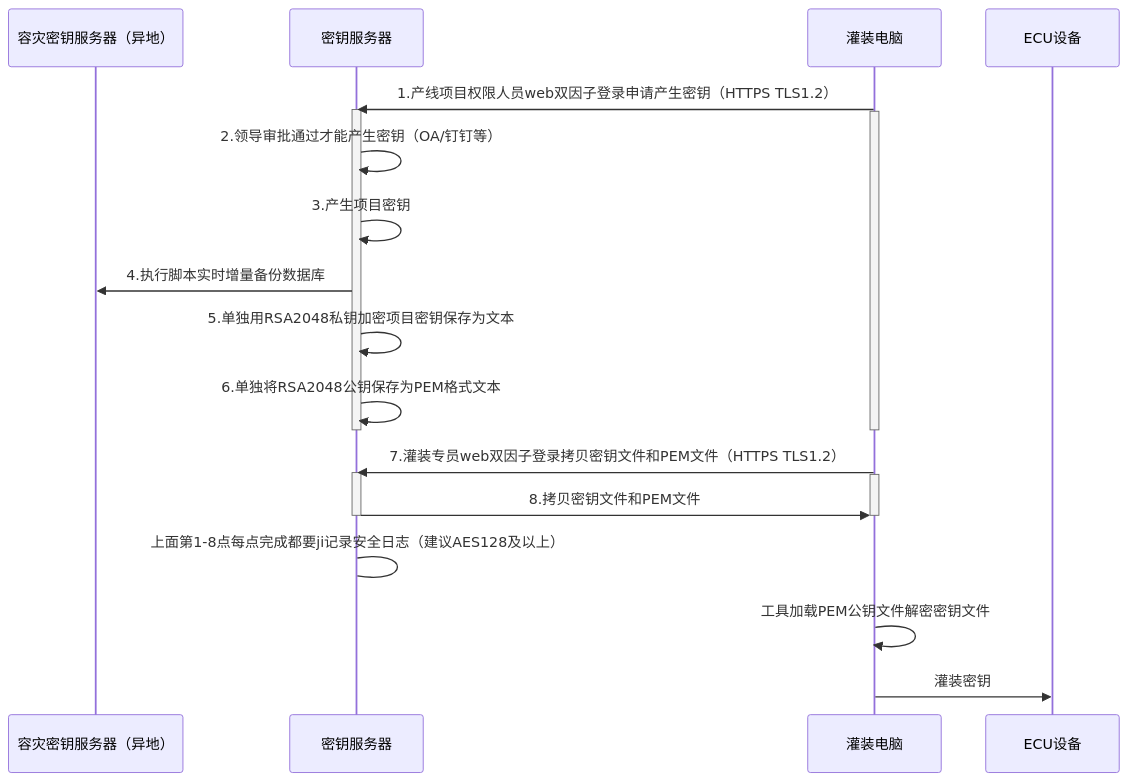
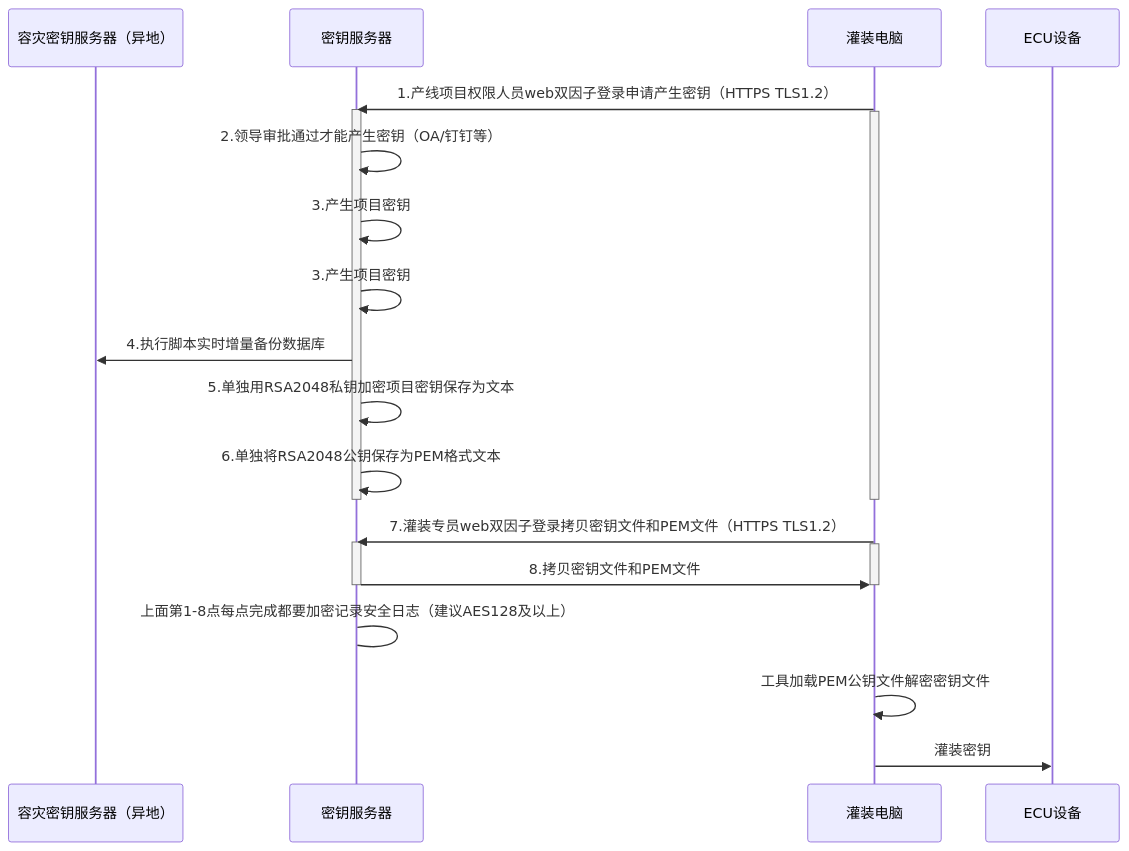
The diagram in all/未命名-15.md (facebook-cloud/iodraw-files), drawn with Mermaid before and after one commit.

Commit message:
2026-02-12 13:51:18 update

````diff
--- a/all/未命名-15.md
+++ b/all/未命名-15.md
@@ -1,32 +1,33 @@
 ```mermaid
 sequenceDiagram
     participant A as 容灾密钥服务器（异地）
     participant B as 密钥服务器
     participant D as 灌装电脑
     participant E as ECU设备
 
     
     D->>B: 1.产线项目权限人员web双因子登录申请产生密钥（HTTPS TLS1.2）
     activate B
     activate D
     B->>B: 2.领导审批通过才能产生密钥（OA/钉钉等）
+    B->>B: 3.产生项目密钥
     B->>B: 3.产生项目密钥
     B->>A: 4.执行脚本实时增量备份数据库
     B->>B: 5.单独用RSA2048私钥加密项目密钥保存为文本
     B->>B: 6.单独将RSA2048公钥保存为PEM格式文本
     deactivate B
     deactivate D
 
     
     D->>B: 7.灌装专员web双因子登录拷贝密钥文件和PEM文件（HTTPS TLS1.2）
     activate B
     activate D
     B->>D: 8.拷贝密钥文件和PEM文件
     deactivate B
     deactivate D
-    B->B: 上面第1-8点每点完成都要ji记录安全日志（建议AES128及以上）
+    B->B: 上面第1-8点每点完成都要加密记录安全日志（建议AES128及以上）
 
     D->>D:工具加载PEM公钥文件解密密钥文件
     
     D->>E: 灌装密钥
 ```
````
